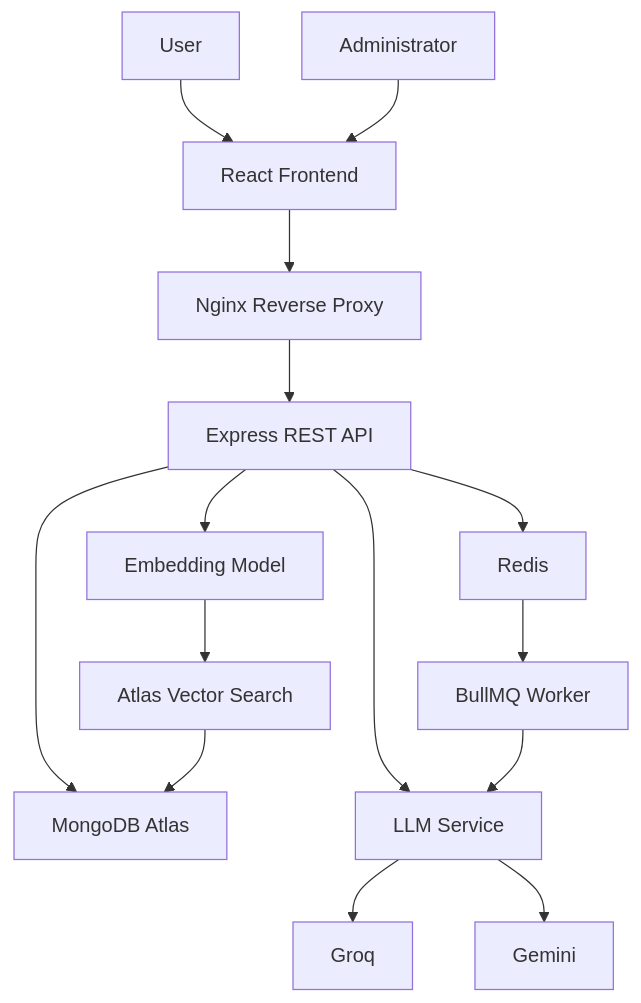
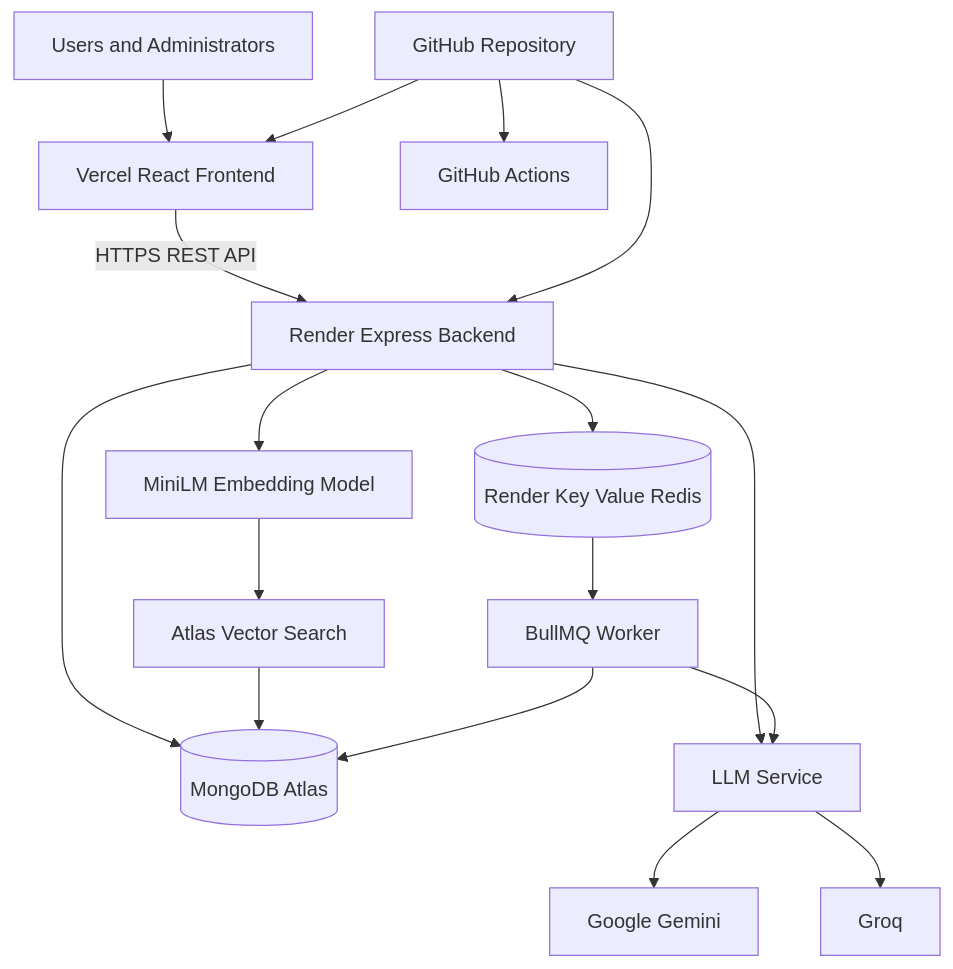
One commit to Anshu2607/AI-Resume-Analyzer changed the first of 10 diagrams in README.md. Above: the diagram before and after it, drawn with Mermaid. The commit also changed other lines of this file and 1 other file, not shown here.

````diff
--- a/README.md
+++ b/README.md
@@ -46,17 +192,25 @@
 ```mermaid
 flowchart TD
-    U[User] --> F[React Frontend]
-    A[Administrator] --> F
-    F --> N[Nginx Reverse Proxy]
-    N --> B[Express REST API]
-    B --> M[MongoDB Atlas]
-    B --> R[Redis]
-    R --> W[BullMQ Worker]
-    B --> E[Embedding Model]
+    U[Users and Administrators] --> F[Vercel React Frontend]
+
+    F -->|HTTPS REST API| B[Render Express Backend]
+
+    B --> M[(MongoDB Atlas)]
+    B --> R[(Render Key Value Redis)]
+    B --> E[MiniLM Embedding Model]
+    B --> L[LLM Service]
+
     E --> V[Atlas Vector Search]
     V --> M
-    B --> L[LLM Service]
+
+    R --> W[BullMQ Worker]
     W --> L
-    L --> G[Groq]
-    L --> GM[Gemini]
+    W --> M
+
+    L --> G[Google Gemini]
+    L --> Q[Groq]
+
+    GH[GitHub Repository] --> F
+    GH --> B
+    GH --> CI[GitHub Actions]
 ```
````
